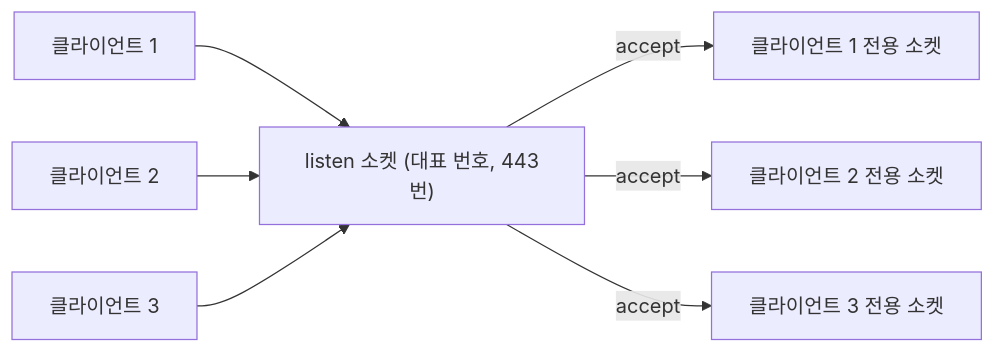
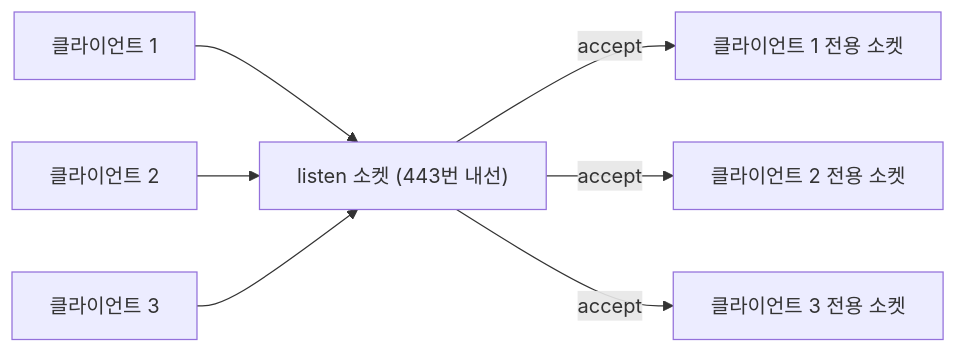
The third of 3 diagrams in CS_Basic/Network/소켓(Socket)/README.md (JangHwanPark/Note), drawn with Mermaid before and after one commit. The commit also changed other lines of this file and 6 other files, not shown here.

````diff
--- a/CS_Basic/Network/소켓(Socket)/README.md
+++ b/CS_Basic/Network/소켓(Socket)/README.md
@@ -138,9 +132,9 @@
 ```mermaid
 flowchart LR
-    C1["클라이언트 1"] --> L["listen 소켓 (대표 번호, 443번)"]
+    C1["클라이언트 1"] --> L["listen 소켓 (443번 내선)"]
     C2["클라이언트 2"] --> L
     C3["클라이언트 3"] --> L
     L -- "accept" --> S1["클라이언트 1 전용 소켓"]
     L -- "accept" --> S2["클라이언트 2 전용 소켓"]
     L -- "accept" --> S3["클라이언트 3 전용 소켓"]
 ```
````
